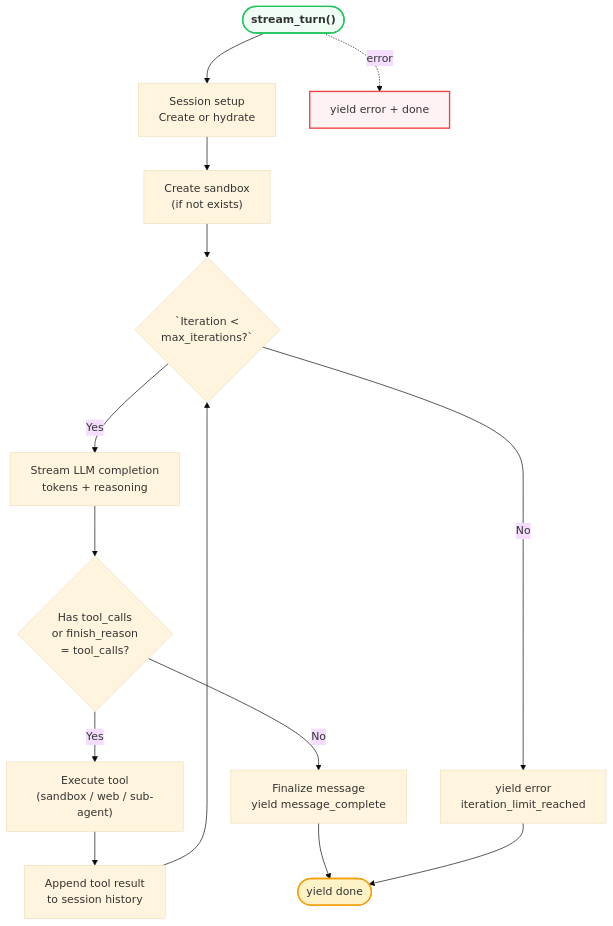
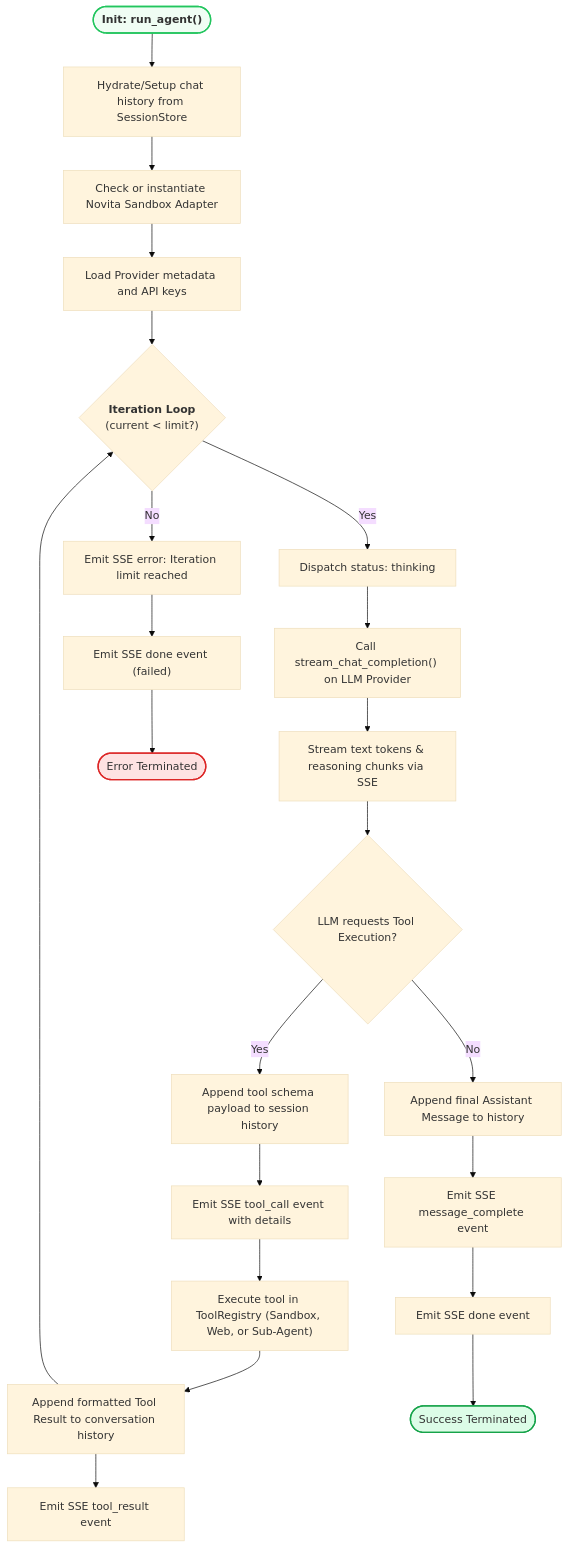
One commit to opencurro-ai/OpenCurro changed the second of 2 diagrams in backend/README.md. Above: the diagram before and after it, drawn with Mermaid (base theme). The commit also changed other lines of this file and 2 other files, not shown here.

Commit message:
docs: create comprehensive, production-quality README files for root, backend, and frontend

````diff
--- a/backend/README.md
+++ b/backend/README.md
@@ -154,25 +81,34 @@
 ```mermaid
 flowchart TD
-    START(["`**stream_turn()**`"]) --> SETUP["Session setup<br/>Create or hydrate"]
-    SETUP --> CREATE["Create sandbox<br/>(if not exists)"]
-    CREATE --> LOOP{`Iteration &lt;<br/>max_iterations?`}
+    START(["`**Init: run_agent()**`"]) --> HYDRATE["Hydrate/Setup chat history from SessionStore"]
+    HYDRATE --> CHECK_SAND["Check or instantiate Novita Sandbox Adapter"]
+    CHECK_SAND --> CHK_PROV["Load Provider metadata and API keys"]
 
-    LOOP -->|Yes| THINK["Stream LLM completion<br/>tokens + reasoning"]
-    THINK --> TOOL{"Has tool_calls<br/>or finish_reason<br/>= tool_calls?"}
+    CHK_PROV --> LOOP_START{"`**Iteration Loop**<br/>(current < limit?)`"}
 
-    TOOL -->|Yes| EXEC["Execute tool<br/>(sandbox / web / sub-agent)"]
-    EXEC --> RESULT["Append tool result<br/>to session history"]
-    RESULT --> LOOP
+    LOOP_START -->|Yes| DISPATCH_THINK["Dispatch status: thinking"]
+    DISPATCH_THINK --> REQ_COMP["Call stream_chat_completion() on LLM Provider"]
 
-    TOOL -->|No| DONE["Finalize message<br/>yield message_complete"]
-    DONE --> END(["yield done"])
+    REQ_COMP --> STREAM_TOKENS["Stream text tokens & reasoning chunks via SSE"]
+    STREAM_TOKENS --> CHECK_TOOLS{"LLM requests Tool Execution?"}
 
-    LOOP -->|No| LIMIT["yield error<br/>iteration_limit_reached"]
-    LIMIT --> END
+    CHECK_TOOLS -->|Yes| FORMAT_ASSISTANT["Append tool schema payload to session history"]
+    FORMAT_ASSISTANT --> EMIT_CALL["Emit SSE tool_call event with details"]
+    EMIT_CALL --> EXECUTE_TOOL["Execute tool in ToolRegistry (Sandbox, Web, or Sub-Agent)"]
+    EXECUTE_TOOL --> APPEND_RESULT["Append formatted Tool Result to conversation history"]
+    APPEND_RESULT --> EMIT_RESULT["Emit SSE tool_result event"]
+    APPEND_RESULT --> LOOP_START
 
-    START -.->|error| ER["yield error + done"]
+    CHECK_TOOLS -->|No| FINALIZE_MSG["Append final Assistant Message to history"]
+    FINALIZE_MSG --> EMIT_MSG_COMP["Emit SSE message_complete event"]
+    EMIT_MSG_COMP --> EMIT_DONE["Emit SSE done event"]
+    EMIT_DONE --> END_OK(["Success Terminated"])
+
+    LOOP_START -->|No| EMIT_LIMIT_ERR["Emit SSE error: Iteration limit reached"]
+    EMIT_LIMIT_ERR --> EMIT_DONE_ERR["Emit SSE done event (failed)"]
+    EMIT_DONE_ERR --> END_ERR(["Error Terminated"])
 
     style START fill:#f0fdf4,stroke:#22c55e,stroke-width:2px
-    style END fill:#fef3c7,stroke:#f59e0b,stroke-width:2px
-    style ER fill:#fef2f2,stroke:#ef4444,stroke-width:2px
+    style END_OK fill:#dcfce7,stroke:#16a34a,stroke-width:2px
+    style END_ERR fill:#fee2e2,stroke:#dc2626,stroke-width:2px
 ```
````
